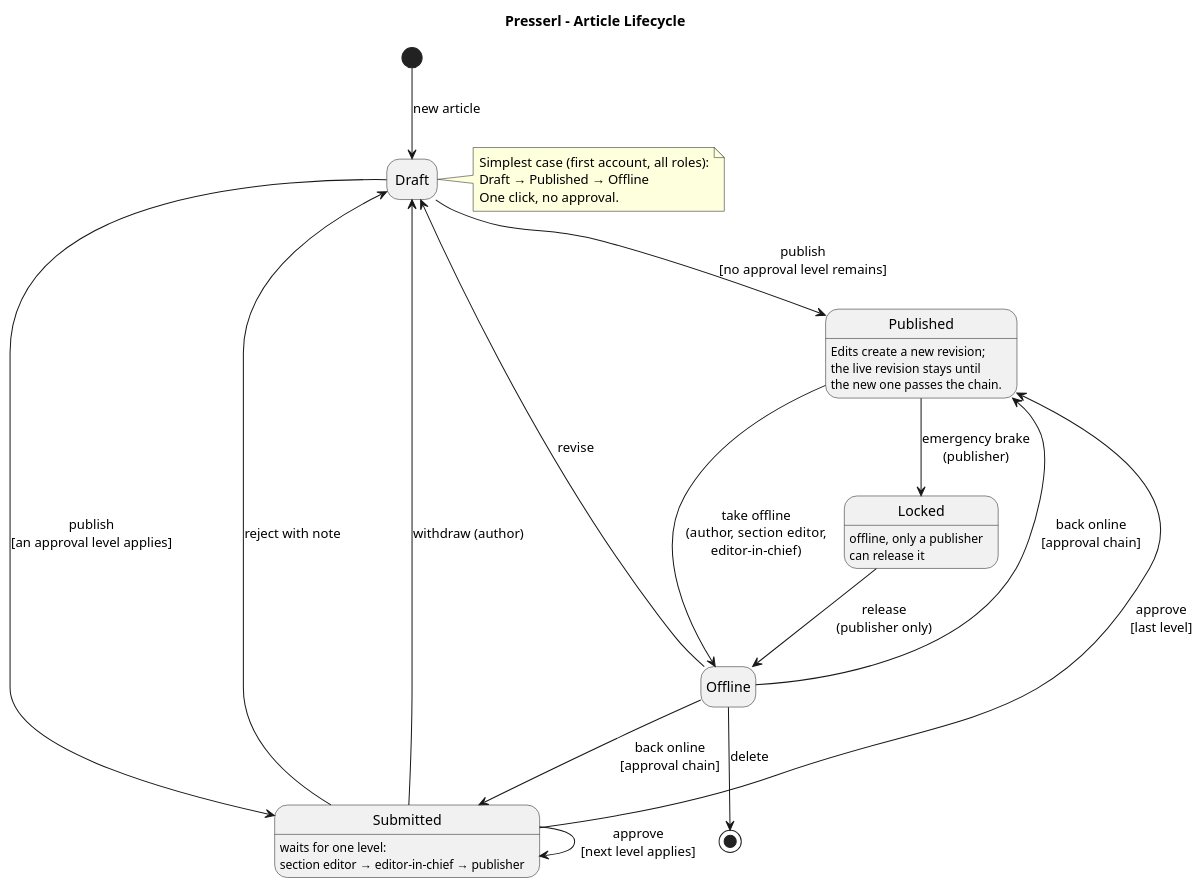
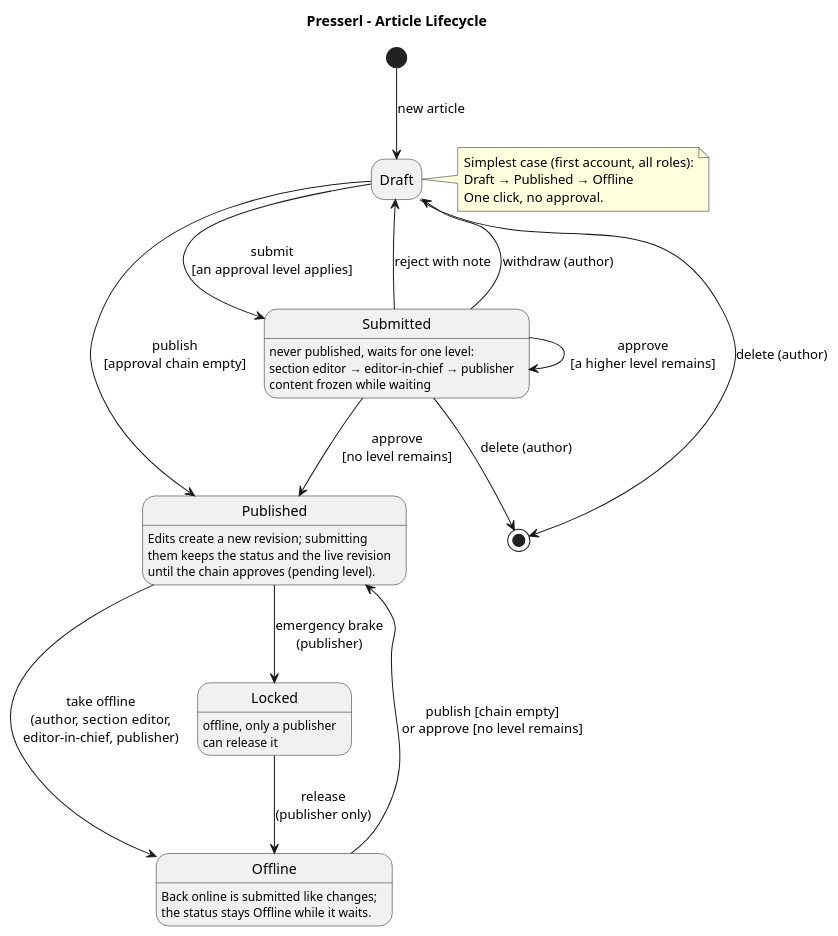
The diagram in docs/diagrams/article-lifecycle.puml (UnterrainerInformatik/presserl), drawn with PlantUML before and after one commit. The commit also changed 48 other files, not shown here.

```diff
--- a/docs/diagrams/article-lifecycle.puml
+++ b/docs/diagrams/article-lifecycle.puml
@@ -1,37 +1,39 @@
 @startuml article-lifecycle
 title Presserl – Article Lifecycle
 skinparam shadowing false
 skinparam defaultFontName Sans-Serif
 hide empty description
 
 [*] --> Draft : new article
 
-Draft --> Published : publish\n[no approval level remains]
-Draft --> Submitted : publish\n[an approval level applies]
-Submitted --> Submitted : approve\n[next level applies]
-Submitted --> Published : approve\n[last level]
+Draft --> Published : publish\n[approval chain empty]
+Draft --> Submitted : submit\n[an approval level applies]
+Submitted --> Submitted : approve\n[a higher level remains]
+Submitted --> Published : approve\n[no level remains]
 Submitted --> Draft : reject with note
 Submitted --> Draft : withdraw (author)
+Draft --> [*] : delete (author)
+Submitted --> [*] : delete (author)
 
-Published --> Offline : take offline\n(author, section editor,\neditor-in-chief)
+Published --> Offline : take offline\n(author, section editor,\neditor-in-chief, publisher)
 Published --> Locked : emergency brake\n(publisher)
-Offline --> Published : back online\n[approval chain]
-Offline --> Submitted : back online\n[approval chain]
+Offline --> Published : publish [chain empty]\nor approve [no level remains]
 Locked --> Offline : release\n(publisher only)
-Offline --> Draft : revise
-Offline --> [*] : delete
 
-Submitted : waits for one level:
+Submitted : never published, waits for one level:
 Submitted : section editor → editor-in-chief → publisher
-Published : Edits create a new revision;
-Published : the live revision stays until
-Published : the new one passes the chain.
+Submitted : content frozen while waiting
+Published : Edits create a new revision; submitting
+Published : them keeps the status and the live revision
+Published : until the chain approves (pending level).
+Offline : Back online is submitted like changes;
+Offline : the status stays Offline while it waits.
 Locked : offline, only a publisher
 Locked : can release it
 
 note right of Draft
   Simplest case (first account, all roles):
   Draft → Published → Offline
   One click, no approval.
 end note
 @enduml
```
